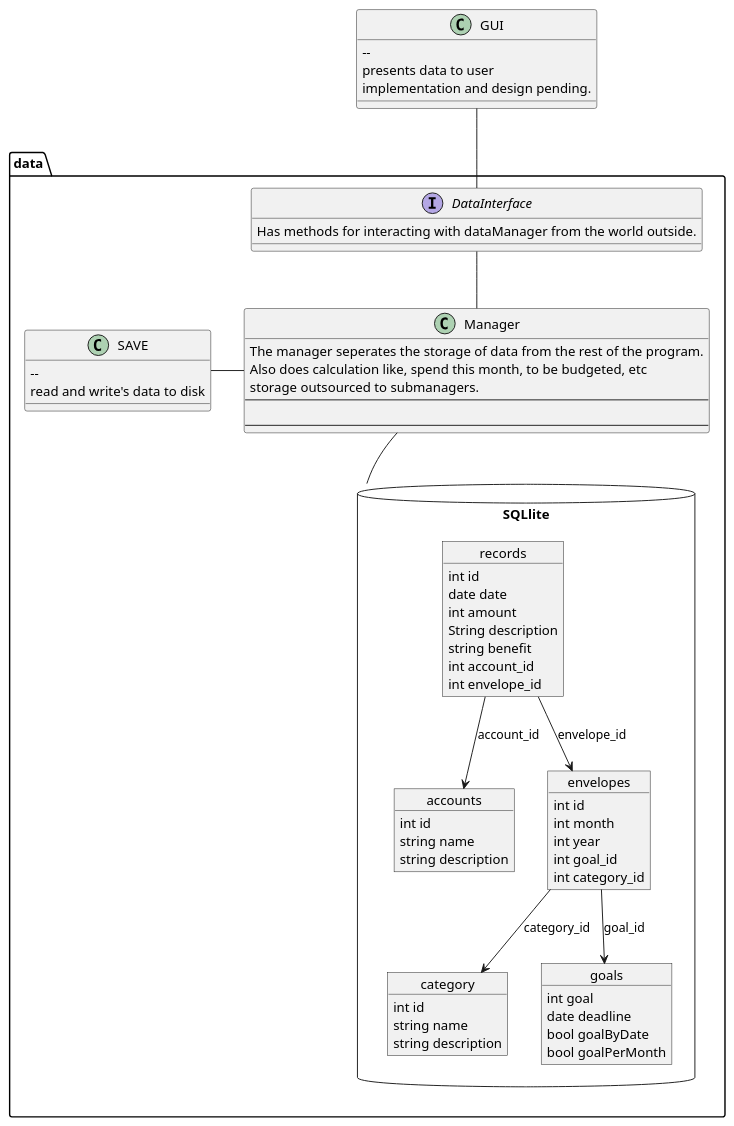
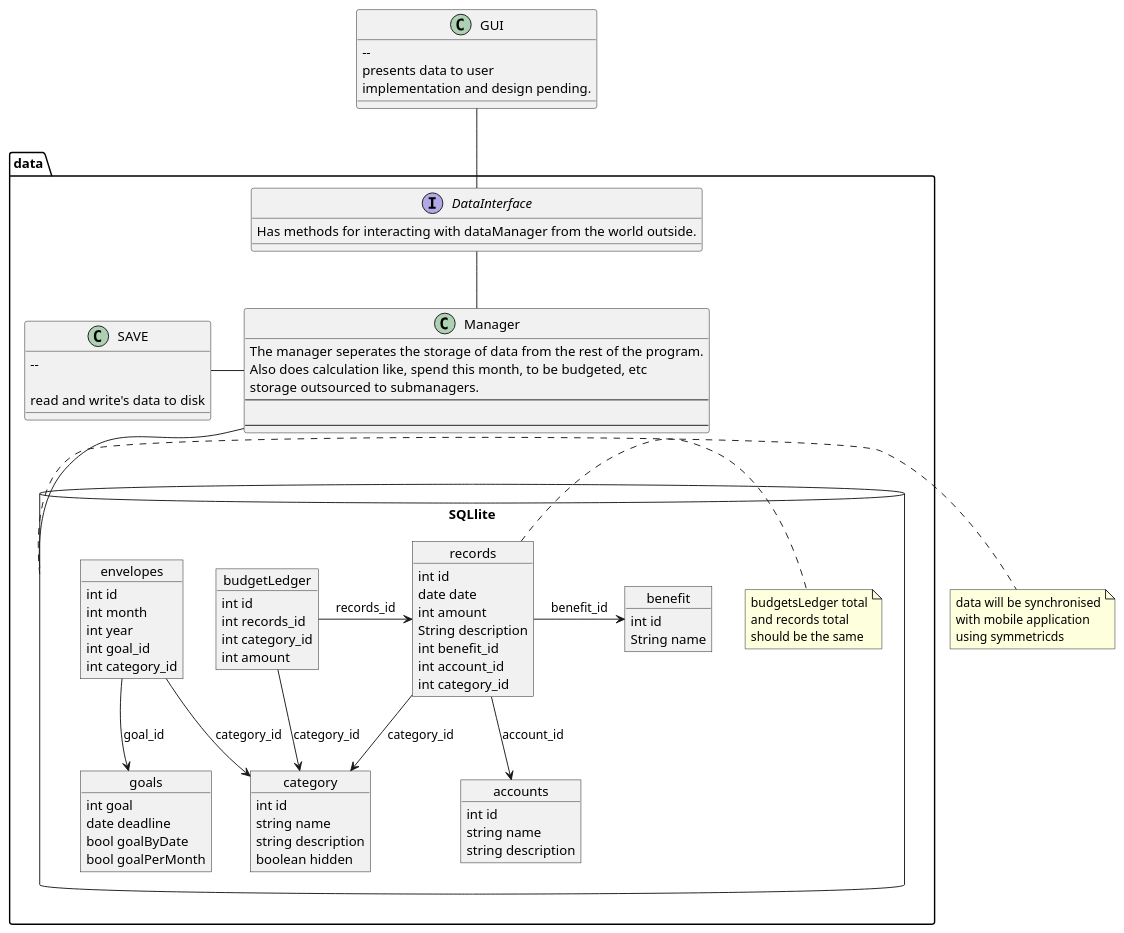
The diagram in doc/envelopeBudget.plantuml (gorgabal/EnvelopeBudget), drawn with PlantUML before and after one commit. The commit also changed 3 other files, not shown here.

Commit message:
updated UML to new insights

```diff
--- a/doc/envelopeBudget.plantuml
+++ b/doc/envelopeBudget.plantuml
@@ -1,87 +1,117 @@
 @startuml
+
+
 package data{
 
 
 interface DataInterface{
     Has methods for interacting with dataManager from the world outside.
 }
 
     class Manager{
     The manager seperates the storage of data from the rest of the program.
     Also does calculation like, spend this month, to be budgeted, etc
     storage outsourced to submanagers.
     ----
 
     ----
     }
 
     class SAVE{
 
     --
+
     read and write's data to disk
     }
+
     package SQLlite <<Database>> {
         object accounts{
             int id
             string name
             string description
         }
         object records{
             int id
             date date
             int amount
             String description
-            string benefit
+            int benefit_id
             int account_id
-            int envelope_id
+            int category_id
 
         }
 
         object envelopes{
             int id
             int month
             int year
             int goal_id
             int category_id
         }
 
         object category{
             int id
             string name
             string description
+            boolean hidden
         }
 
         object goals{
             int goal
             date deadline
             bool goalByDate
             bool goalPerMonth
         }
 
+        object budgetLedger{
+
+            int id
+            int records_id
+            int category_id
+            int amount
+        }
+
+        object benefit {
+            int id
+            String name
+        }
+
+        note right of records
+        budgetsLedger total
+        and records total
+        should be the same
+        end note
+
        records --> accounts : account_id
-       records --> envelopes :envelope_id
+       records --> category : category_id
+       records -> benefit : benefit_id
        envelopes --> goals : goal_id
        envelopes --> category : category_id
+       budgetLedger --> category : category_id
+       budgetLedger -> records : records_id
 
     }
 
 }
-
-
+note right of SQLlite
+    data will be synchronised
+    with mobile application
+    using symmetricds
+end note
 class GUI{
 
     --
     presents data to user
     implementation and design pending.
     }
 
 
 
 GUI -- DataInterface
 SAVE - Manager
 DataInterface -- Manager
 Manager -- SQLlite
 
 
 
 @enduml
```
